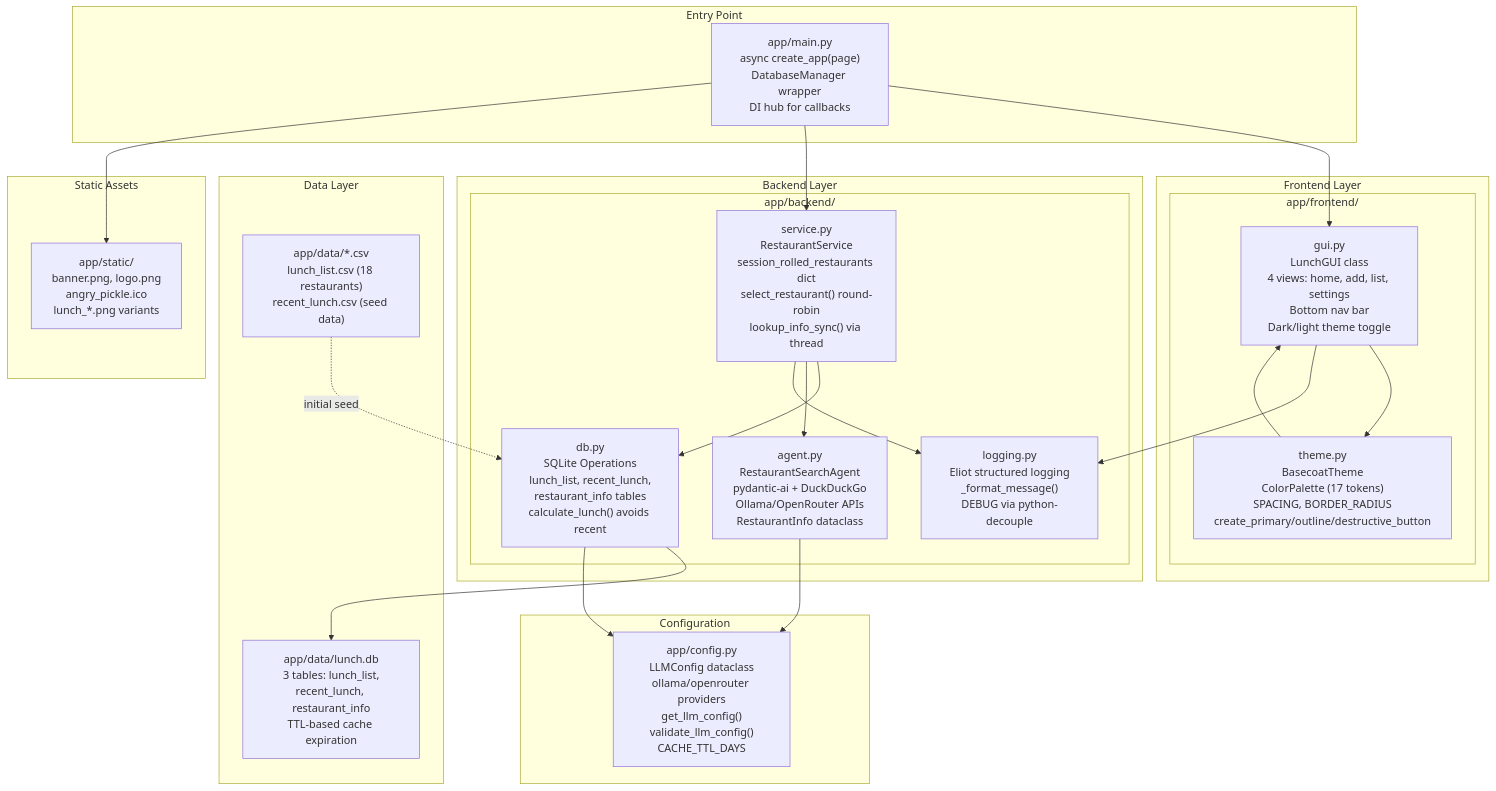
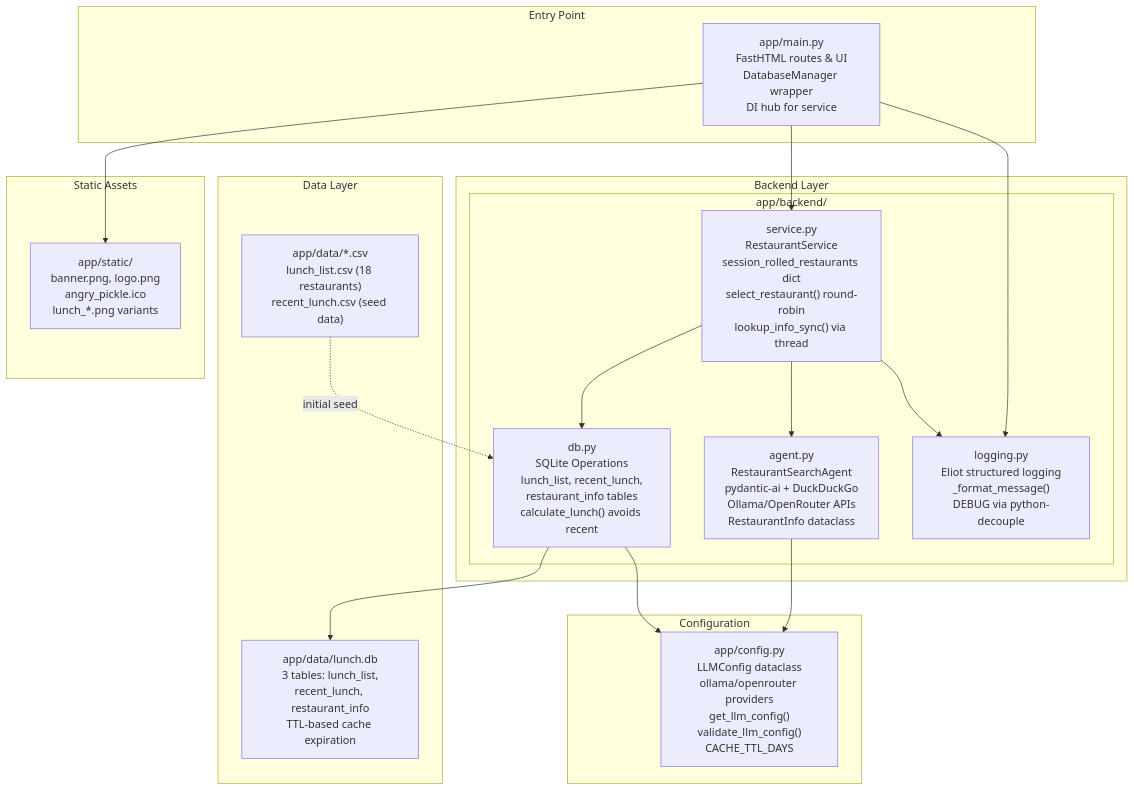
Before and after one commit to pythoninthegrass/lunch: the diagram in docs/architecture.mmd, drawn with Mermaid. The commit also changed 12 other files, not shown here.

```diff
--- a/docs/architecture.mmd
+++ b/docs/architecture.mmd
@@ -1,58 +1,44 @@
 graph TB
     subgraph "Entry Point"
-        main["app/main.py<br/>async create_app(page)<br/>DatabaseManager wrapper<br/>DI hub for callbacks"]
-    end
-
-    subgraph "Frontend Layer"
-        subgraph "app/frontend/"
-            gui["gui.py<br/>LunchGUI class<br/>4 views: home, add, list, settings<br/>Bottom nav bar<br/>Dark/light theme toggle"]
-            theme["theme.py<br/>BasecoatTheme<br/>ColorPalette (17 tokens)<br/>SPACING, BORDER_RADIUS<br/>create_primary/outline/destructive_button"]
-        end
+        main["app/main.py<br/>FastHTML routes & UI<br/>DatabaseManager wrapper<br/>DI hub for service"]
     end
 
     subgraph "Backend Layer"
         subgraph "app/backend/"
             service["service.py<br/>RestaurantService<br/>session_rolled_restaurants dict<br/>select_restaurant() round-robin<br/>lookup_info_sync() via thread"]
             db["db.py<br/>SQLite Operations<br/>lunch_list, recent_lunch,<br/>restaurant_info tables<br/>calculate_lunch() avoids recent"]
             agent["agent.py<br/>RestaurantSearchAgent<br/>pydantic-ai + DuckDuckGo<br/>Ollama/OpenRouter APIs<br/>RestaurantInfo dataclass"]
             logging["logging.py<br/>Eliot structured logging<br/>_format_message()<br/>DEBUG via python-decouple"]
         end
     end
 
     subgraph "Configuration"
         config["app/config.py<br/>LLMConfig dataclass<br/>ollama/openrouter providers<br/>get_llm_config()<br/>validate_llm_config()<br/>CACHE_TTL_DAYS"]
     end
 
     subgraph "Data Layer"
         data["app/data/lunch.db<br/>3 tables: lunch_list,<br/>recent_lunch, restaurant_info<br/>TTL-based cache expiration"]
         csv["app/data/*.csv<br/>lunch_list.csv (18 restaurants)<br/>recent_lunch.csv (seed data)"]
     end
 
     subgraph "Static Assets"
         static["app/static/<br/>banner.png, logo.png<br/>angry_pickle.ico<br/>lunch_*.png variants"]
     end
 
     %% Main connections
-    main --> gui
     main --> service
     main --> static
-
-    %% Frontend dependencies
-    gui --> theme
-    gui --> logging
+    main --> logging
 
     %% Service layer
     service --> db
     service --> agent
     service --> logging
 
     %% Agent dependencies
     agent --> config
 
     %% Database
     db --> data
     db --> config
     csv -.->|initial seed| db
-
-    %% Theme system
-    theme --> gui
```
